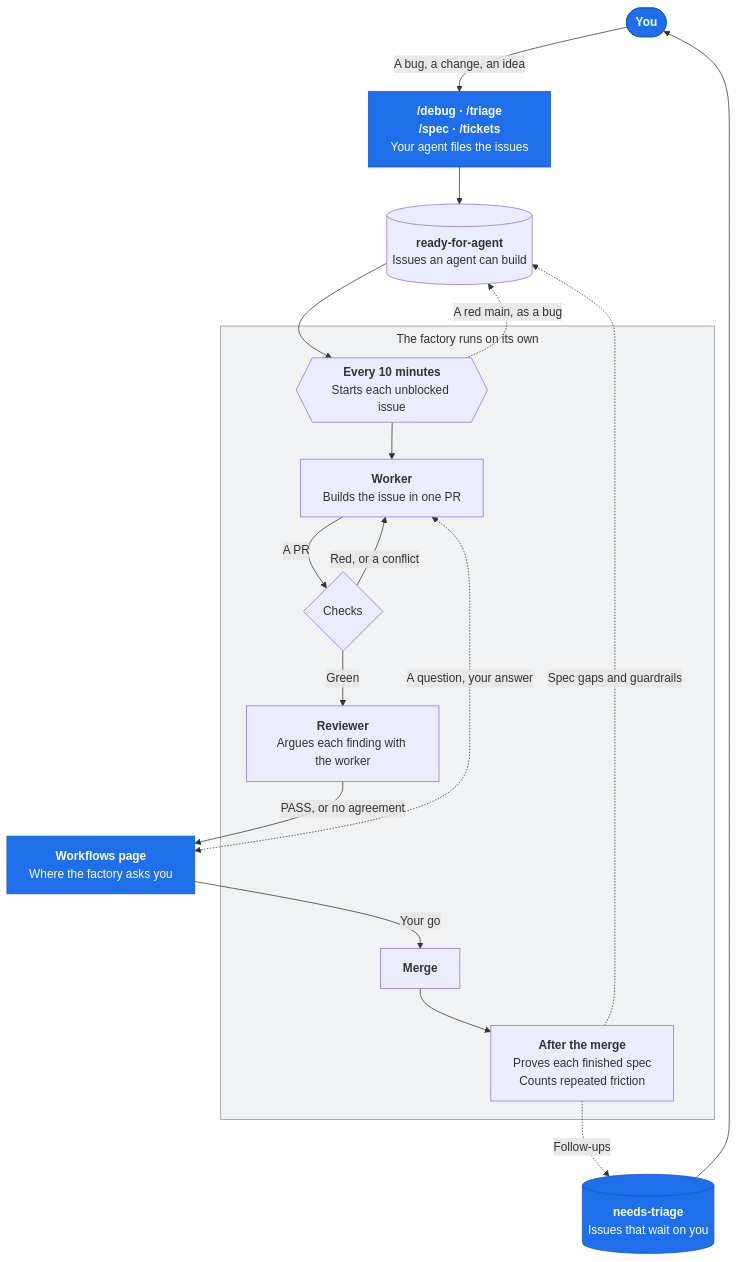
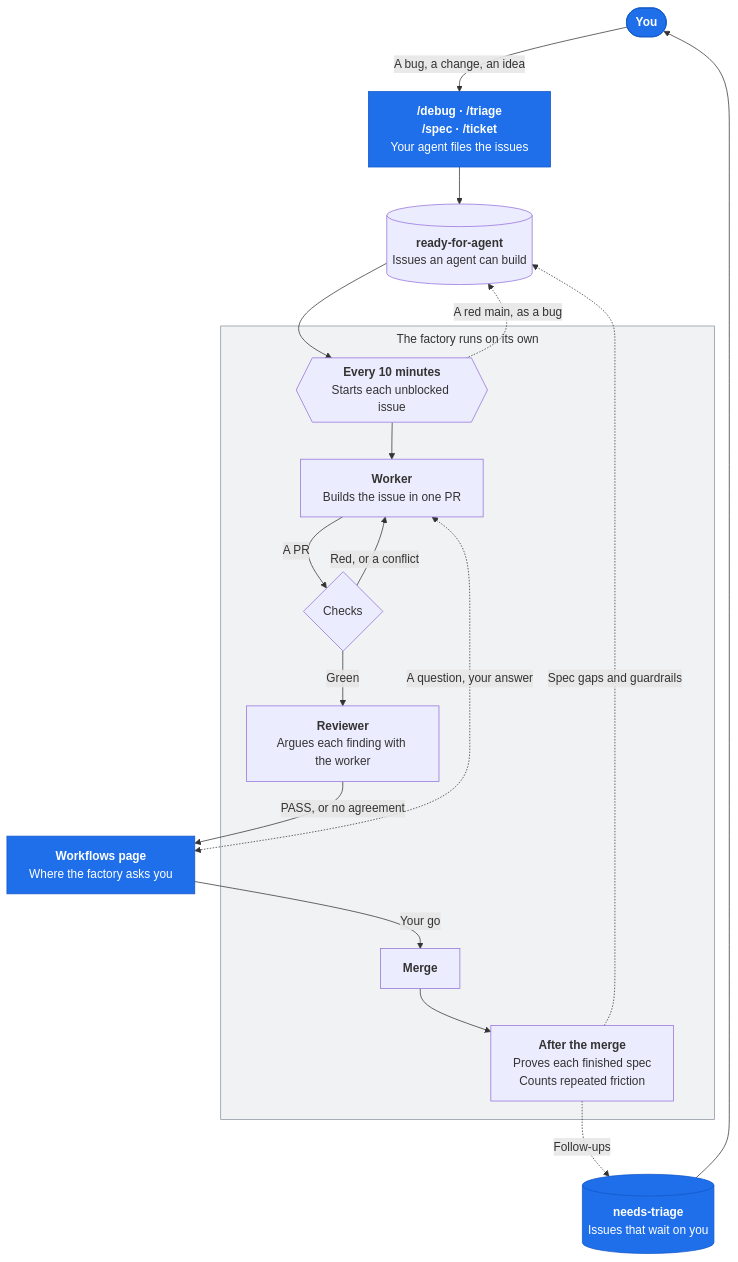
One commit to dante-sparras/skills changed the diagram in README.md. Above: the diagram before and after it, drawn with Mermaid. The commit also changed other lines of this file and 11 other files, not shown here.

First line of the commit message:
refactor(skills): name the tickets skill ticket

````diff
--- a/README.md
+++ b/README.md
@@ -17,37 +17,37 @@
 ```mermaid
 %%{init: {"flowchart": {"subGraphTitleMargin": {"top": 6, "bottom": 12}}}}%%
 flowchart TD
     you(["<b>You</b>"]):::you
-    intake["<b>/debug · /triage</b><br/><b>/spec · /tickets</b><br/>Your agent files the issues"]:::you
+    intake["<b>/debug · /triage</b><br/><b>/spec · /ticket</b><br/>Your agent files the issues"]:::you
     ready[("<b>ready-for-agent</b><br/>Issues an agent can build")]
     ask["<b>Workflows page</b><br/>Where the factory asks you"]:::you
     triage[("<b>needs-triage</b><br/>Issues that wait on you")]:::you
 
     subgraph factory["The factory runs on its own"]
         start{{"<b>Every 10 minutes</b><br/>Starts each unblocked issue"}}
         worker["<b>Worker</b><br/>Builds the issue in one PR"]
         checks{"Checks"}
         review["<b>Reviewer</b><br/>Argues each finding with the worker"]
         merge["<b>Merge</b>"]
         learn["<b>After the merge</b><br/>Proves each finished spec<br/>Counts repeated friction"]
     end
 
     you -- "A bug, a change, an idea" --> intake
     intake --> ready
     ready --> start
     start --> worker
     worker -- "A PR" --> checks
     checks -- "Red, or a conflict" --> worker
     checks -- "Green" --> review
     review -- "PASS, or no agreement" --> ask
     worker <-. "A question, your answer" .-> ask
     ask -- "Your go" --> merge
     merge --> learn
     start -. "A red main, as a bug" .-> ready
     learn -. "Spec gaps and guardrails" .-> ready
     learn -. "Follow-ups" .-> triage
     triage --> you
 
     classDef you fill:#1f6feb,stroke:#1158c7,color:#ffffff
     style factory fill:#8b949e1f,stroke:#8b949e
 ```
````
